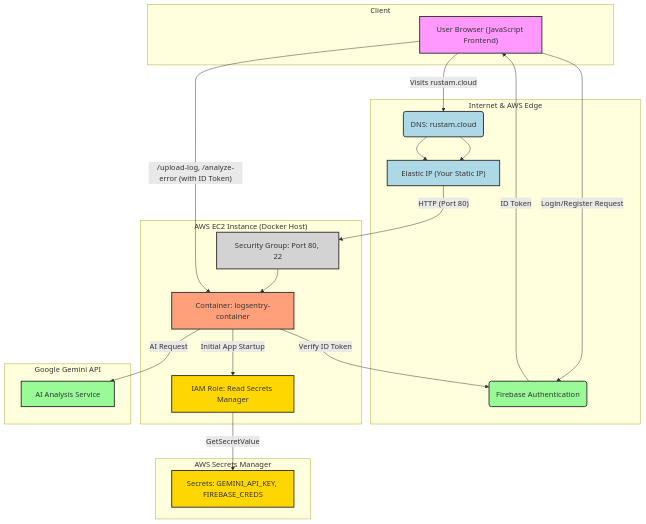
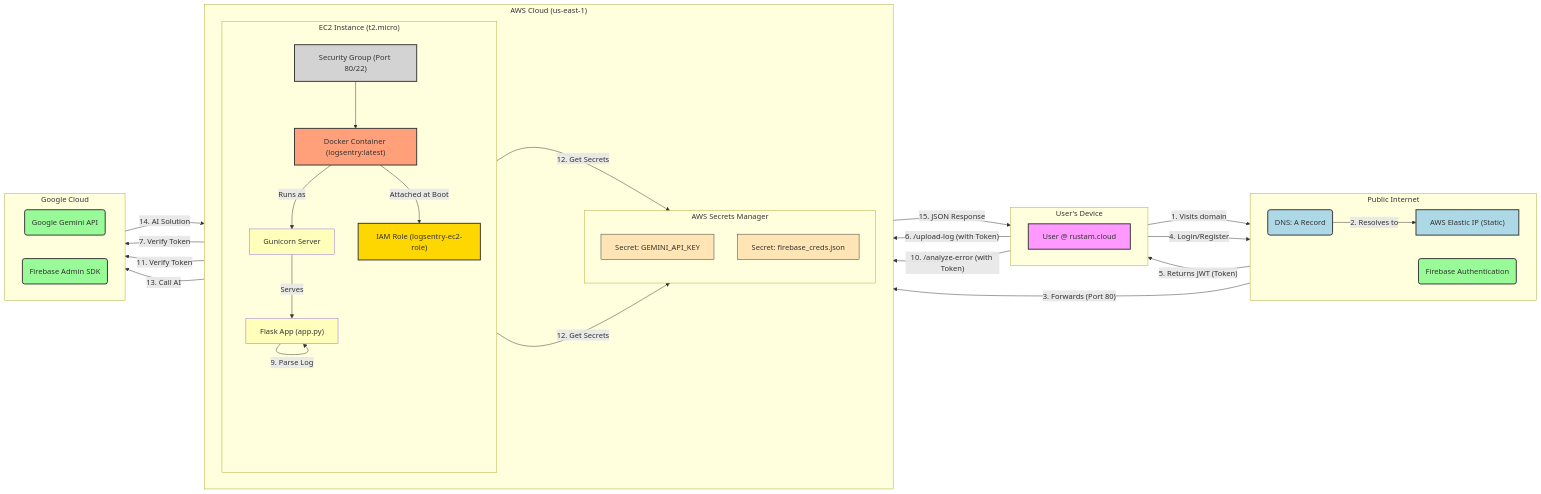
One commit to rustamrustamv/log-analyzer-project changed the diagram in README.md. Above: the diagram before and after it, drawn with Mermaid.

Commit message:
fixing Readme file v4

````diff
--- a/README.md
+++ b/README.md
@@ -55,48 +55,71 @@
 ```mermaid
-graph TD
-    subgraph "Client"
-        A["User Browser (JavaScript Frontend)"]
+graph LR
+    subgraph "User's Device"
+        direction LR
+        A["User @ rustam.cloud"]
     end
 
-    subgraph "Internet & AWS Edge"
-        B("DNS: rustam.cloud") --> C["Elastic IP (Your Static IP)"]
-        D("Firebase Authentication")
+    subgraph "Public Internet"
+        direction LR
+        B(DNS: A Record)
+        C["AWS Elastic IP (Static)"]
+        D(Firebase Authentication)
     end
 
-    subgraph "AWS EC2 Instance (Docker Host)"
-        E["Security Group: Port 80, 22"]
-        F["Container: logsentry-container"]
-        G["IAM Role: Read Secrets Manager"]
+    subgraph "AWS Cloud (us-east-1)"
+        direction LR
+        
+        subgraph "EC2 Instance (t2.micro)"
+            direction TB
+            E["Security Group (Port 80/22)"] --> F["Docker Container (logsentry:latest)"]
+            F -- "Runs as" --> G["Gunicorn Server"]
+            G -- "Serves" --> H["Flask App (app.py)"]
+            F -- "Attached at Boot" --> I["IAM Role (logsentry-ec2-role)"]
+        end
+
+        subgraph "AWS Secrets Manager"
+            direction TB
+            J["Secret: GEMINI_API_KEY"]
+            K["Secret: firebase_creds.json"]
+        end
+    end
+    
+    subgraph "Google Cloud"
+        direction LR
+        L(Google Gemini API)
+        M(Firebase Admin SDK)
     end
 
-    subgraph "AWS Secrets Manager"
-        H["Secrets: GEMINI_API_KEY, FIREBASE_CREDS"]
-    end
-
-    subgraph "Google Gemini API"
-        I["AI Analysis Service"]
-    end
-
-    A -- "Visits rustam.cloud" --> B
-    B --> C
-    C -- "HTTP (Port 80)" --> E
-    E --> F
-    F -- "Initial App Startup" --> G
-    G -- "GetSecretValue" --> H
-    A -- "Login/Register Request" --> D
-    D -- "ID Token" --> A
-    A -- "/upload-log, /analyze-error (with ID Token)" --> F
-    F -- "Verify ID Token" --> D
-    F -- "AI Request" --> I
+    A -- "1. Visits domain" --> B
+    B -- "2. Resolves to" --> C
+    C -- "3. Forwards (Port 80)" --> E
+    A -- "4. Login/Register" --> D
+    D -- "5. Returns JWT (Token)" --> A
+    
+    A -- "6. /upload-log (with Token)" --> F
+    H -- "7. Verify Token" --> M
+    H -- "8. (Guest) Check Session" --> H
+    H -- "9. Parse Log" --> H
+    
+    A -- "10. /analyze-error (with Token)" --> F
+    H -- "11. Verify Token" --> M
+    I -- "12. Get Secrets" --> J & K
+    H -- "13. Call AI" --> L
+    L -- "14. AI Solution" --> H
+    H -- "15. JSON Response" --> A
 
     style A fill:#f9f,stroke:#333,stroke-width:2px
     style B fill:#add8e6,stroke:#333,stroke-width:2px
     style C fill:#add8e6,stroke:#333,stroke-width:2px
     style D fill:#98fb98,stroke:#333,stroke-width:2px
+    style L fill:#98fb98,stroke:#333,stroke-width:2px
+    style M fill:#98fb98,stroke:#333,stroke-width:2px
     style E fill:#d3d3d3,stroke:#333,stroke-width:2px
     style F fill:#ffa07a,stroke:#333,stroke-width:2px
-    style G fill:#ffd700,stroke:#333,stroke-width:2px
-    style H fill:#ffd700,stroke:#333,stroke-width:2px
-    style I fill:#98fb98,stroke:#333,stroke-width:2px
+    style G fill:#ffb
+    style H fill:#ffb
+    style I fill:#ffd700,stroke:#333,stroke-width:2px
+    style J fill:#ffe4b5,stroke:#333,stroke-width:1px
+    style K fill:#ffe4b5,stroke:#333,stroke-width:1px
 
 ```
````
